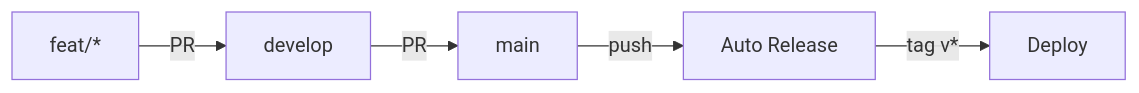
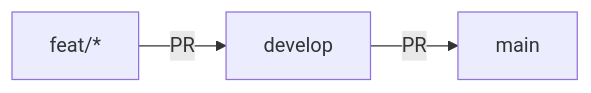
Before and after one commit to ricardogr07/shelter-pulse: the diagram in .github/workflows.md, drawn with Mermaid. The commit also changed other lines of this file and 46 other files, not shown here.

````diff
--- a/.github/workflows.md
+++ b/.github/workflows.md
@@ -5,7 +5,5 @@
 ```mermaid
 graph LR
     F[feat/*] -->|PR| D[develop]
     D -->|PR| M[main]
-    M -->|push| A[Auto Release]
-    A -->|tag v*| Dep[Deploy]
 ```
````
